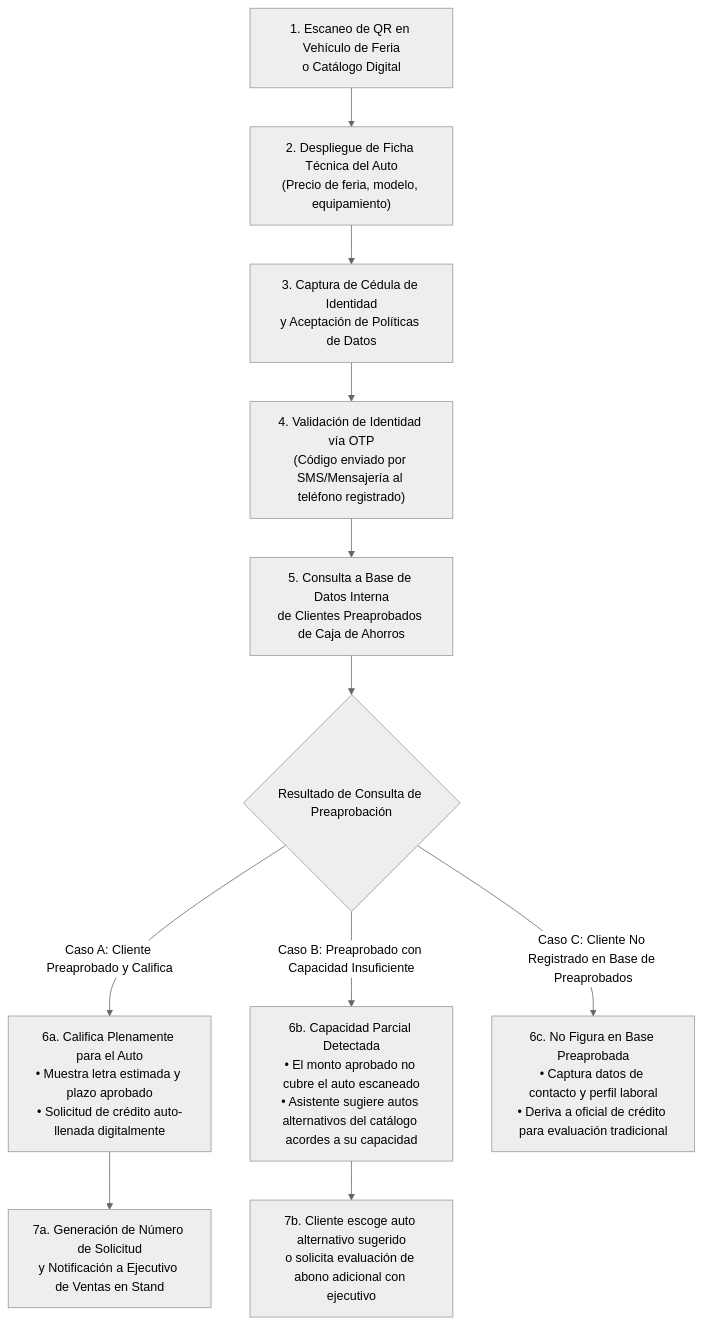
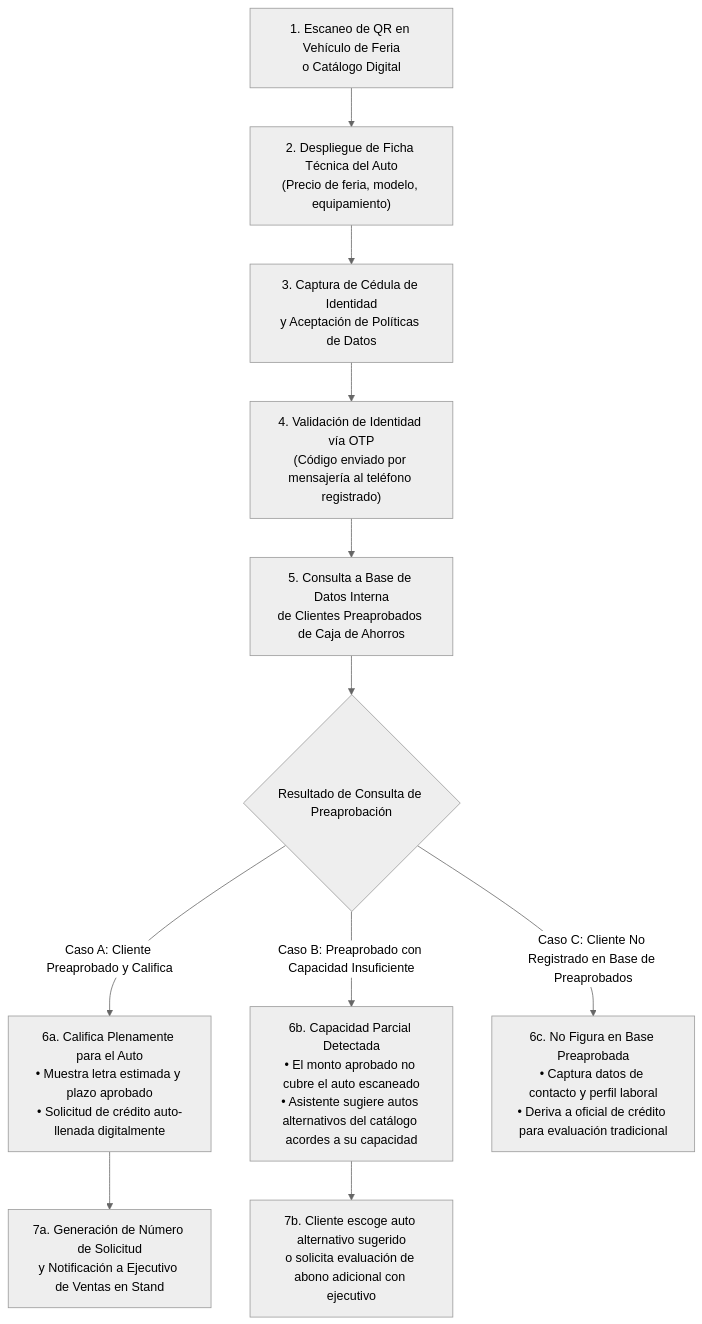
The fifth of 5 diagrams in innovation-cda/design/diseno-arquitectura-asesor-feria-autos.md (RBlasser/cda-celulas), drawn with Mermaid (neutral theme) before and after one commit. The commit also changed other lines of this file and 1 other file, not shown here.

````diff
--- a/innovation-cda/design/diseno-arquitectura-asesor-feria-autos.md
+++ b/innovation-cda/design/diseno-arquitectura-asesor-feria-autos.md
@@ -230,20 +231,20 @@
 ```mermaid
 flowchart TD
     E1["1. Escaneo de QR en Vehículo de Feria<br>o Catálogo Digital"] --> E2["2. Despliegue de Ficha Técnica del Auto<br>(Precio de feria, modelo, equipamiento)"]
     
     E2 --> E3["3. Captura de Cédula de Identidad<br>y Aceptación de Políticas de Datos"]
     
-    E3 --> E4["4. Validación de Identidad vía OTP<br>(Código enviado por SMS/Mensajería al teléfono registrado)"]
+    E3 --> E4["4. Validación de Identidad vía OTP<br>(Código enviado por mensajería al teléfono registrado)"]
     
     E4 --> E5["5. Consulta a Base de Datos Interna<br>de Clientes Preaprobados de Caja de Ahorros"]
     
     E5 --> COND{"Resultado de Consulta de Preaprobación"}
     
     COND -->|"Caso A: Cliente Preaprobado y Califica"| F6A["6a. Califica Plenamente para el Auto<br>• Muestra letra estimada y plazo aprobado<br>• Solicitud de crédito auto-llenada digitalmente"]
     F6A --> F7A["7a. Generación de Número de Solicitud<br>y Notificación a Ejecutivo de Ventas en Stand"]
     
     COND -->|"Caso B: Preaprobado con Capacidad Insuficiente"| F6B["6b. Capacidad Parcial Detectada<br>• El monto aprobado no cubre el auto escaneado<br>• Asistente sugiere autos alternativos del catálogo acordes a su capacidad"]
     F6B --> F7B["7b. Cliente escoge auto alternativo sugerido<br>o solicita evaluación de abono adicional con ejecutivo"]
     
     COND -->|"Caso C: Cliente No Registrado en Base de Preaprobados"| F6C["6c. No Figura en Base Preaprobada<br>• Captura datos de contacto y perfil laboral<br>• Deriva a oficial de crédito para evaluación tradicional"]
 ```
````
